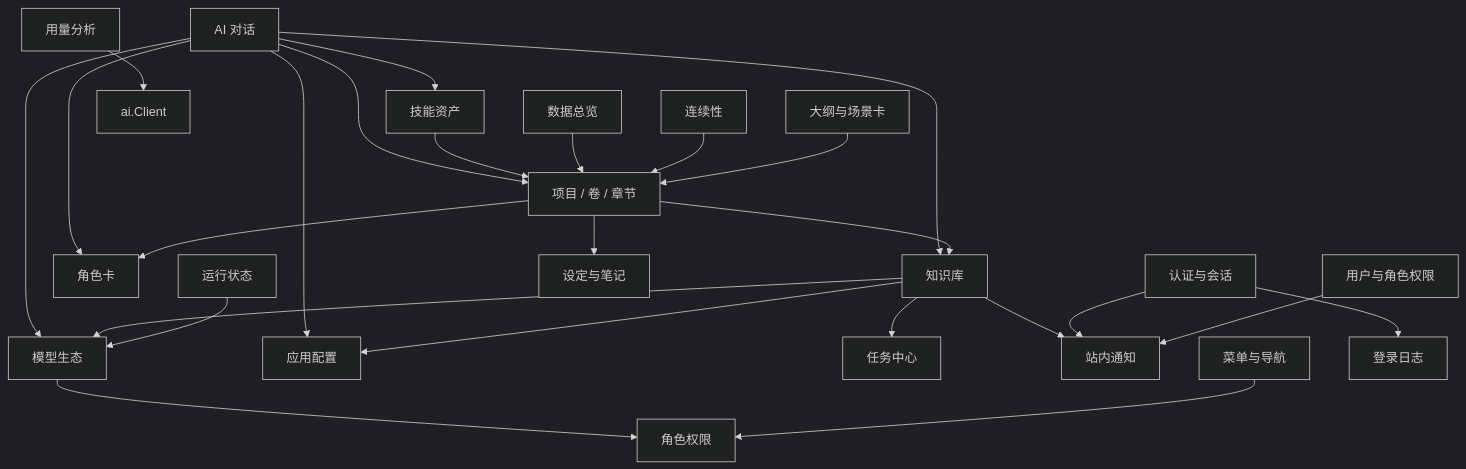
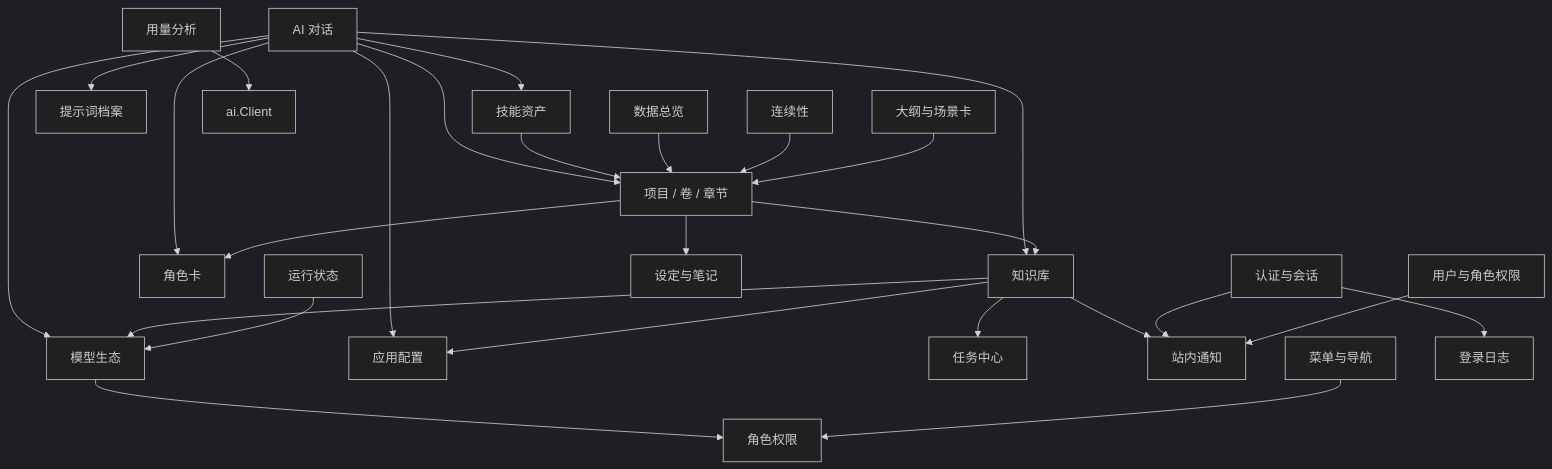
Before and after one commit to 2132691342/NovelWorkbench: the diagram in doc/modules.md, drawn with Mermaid (dark theme). The commit also changed other lines of this file and 76 other files, not shown here.

````diff
--- a/doc/modules.md
+++ b/doc/modules.md
@@ -640,27 +667,28 @@
 ```mermaid
 flowchart TD
   chat[AI 对话] --> skill[技能资产]
+  chat --> profile["提示词档案"]
   chat --> knowledge[知识库]
   chat --> provider[模型生态]
   chat --> character[角色卡]
   chat --> setting[应用配置]
   chat --> project["项目 / 卷 / 章节"]
   knowledge --> provider
   knowledge --> setting
   knowledge --> job[任务中心]
   knowledge --> notify[站内通知]
   skill --> project
   provider --> role[角色权限]
   menu[菜单与导航] --> role
   auth[认证与会话] --> loginlog[登录日志]
   auth --> notify
   useradmin[用户与角色权限] --> notify
   project --> knowledge
   project --> character
   project --> lore[设定与笔记]
   stats[数据总览] --> project
   usage[用量分析] --> ai[ai.Client]
   status[运行状态] --> provider
   continuity[连续性] --> project
   outline[大纲与场景卡] --> project
 ```
````
